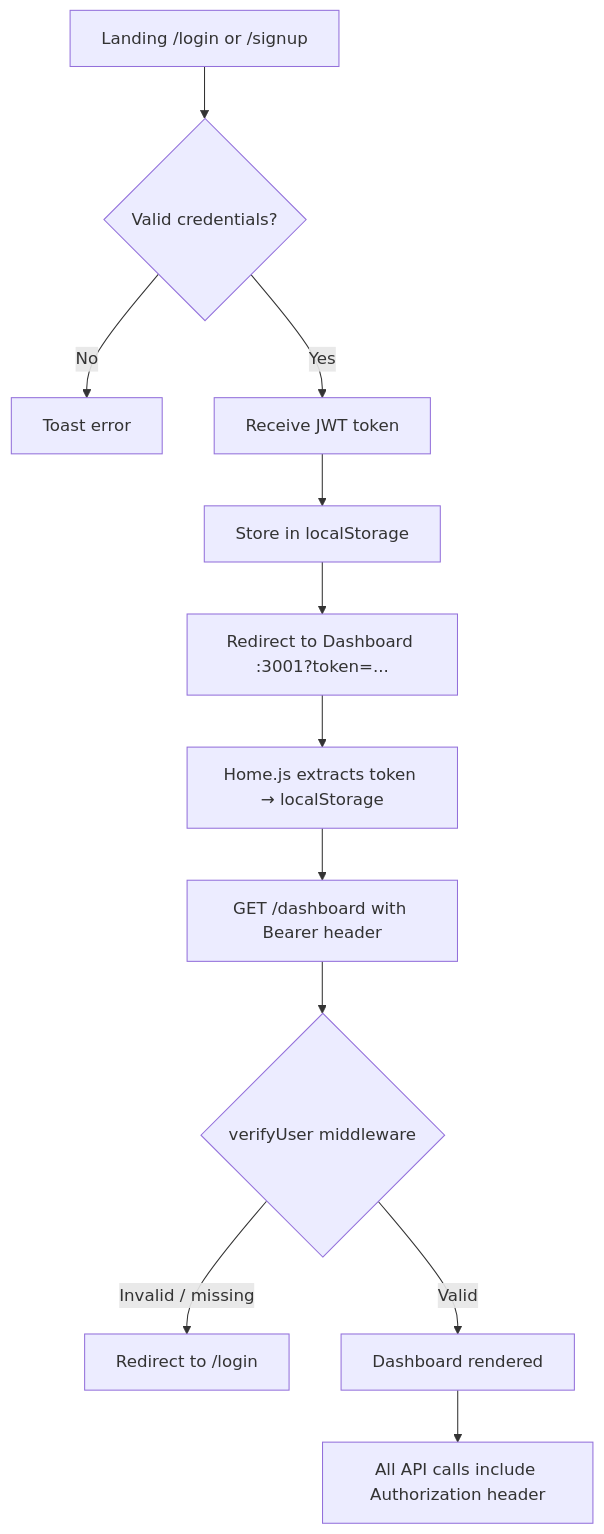
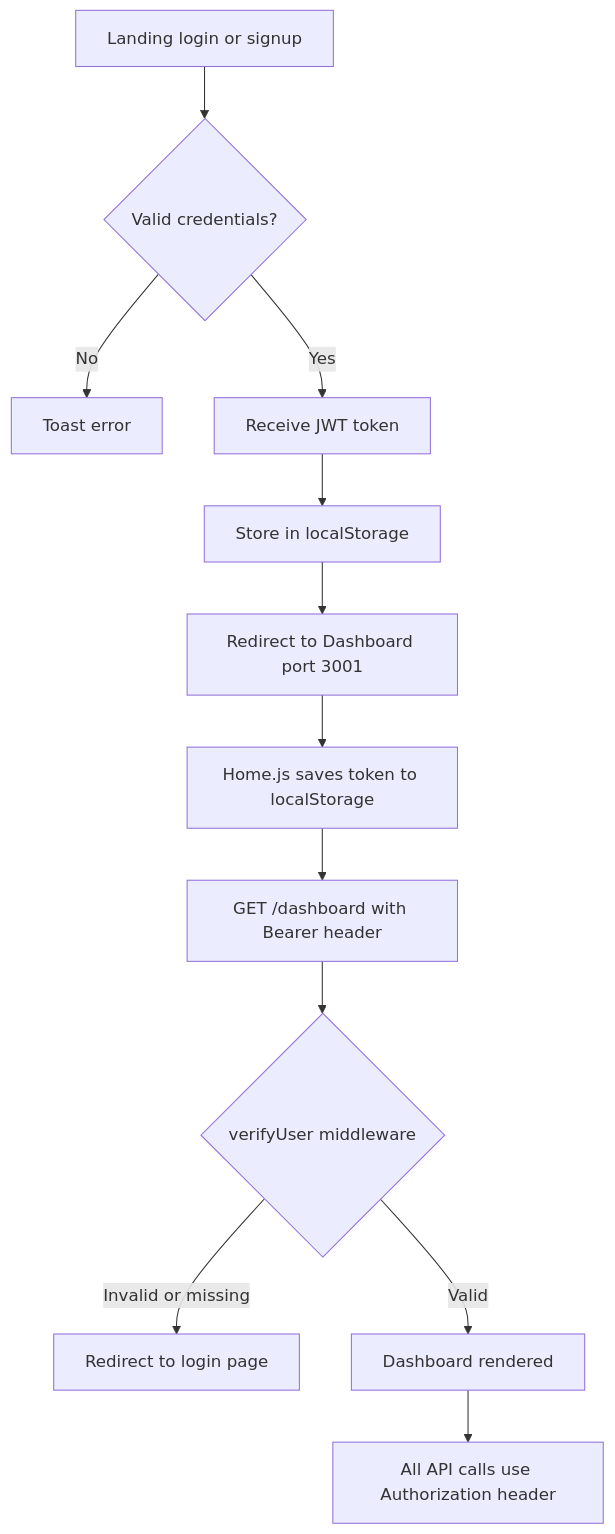
The second of 6 diagrams in README.md (rajayush6200/investro), drawn with Mermaid before and after one commit. The commit also changed other lines of this file, not shown here.

````diff
--- a/README.md
+++ b/README.md
@@ -281,14 +281,14 @@
 ```mermaid
 flowchart TD
-    A[Landing /login or /signup] --> B{Valid credentials?}
-    B -->|No| C[Toast error]
-    B -->|Yes| D[Receive JWT token]
-    D --> E[Store in localStorage]
-    E --> F[Redirect to Dashboard :3001?token=...]
-    F --> G[Home.js extracts token → localStorage]
-    G --> H[GET /dashboard with Bearer header]
+    A["Landing login or signup"] --> B{Valid credentials?}
+    B -->|No| C["Toast error"]
+    B -->|Yes| D["Receive JWT token"]
+    D --> E["Store in localStorage"]
+    E --> F["Redirect to Dashboard port 3001"]
+    F --> G["Home.js saves token to localStorage"]
+    G --> H["GET /dashboard with Bearer header"]
     H --> I{verifyUser middleware}
-    I -->|Invalid / missing| J[Redirect to /login]
-    I -->|Valid| K[Dashboard rendered]
-    K --> L[All API calls include Authorization header]
+    I -->|Invalid or missing| J["Redirect to login page"]
+    I -->|Valid| K["Dashboard rendered"]
+    K --> L["All API calls use Authorization header"]
 ```
````
